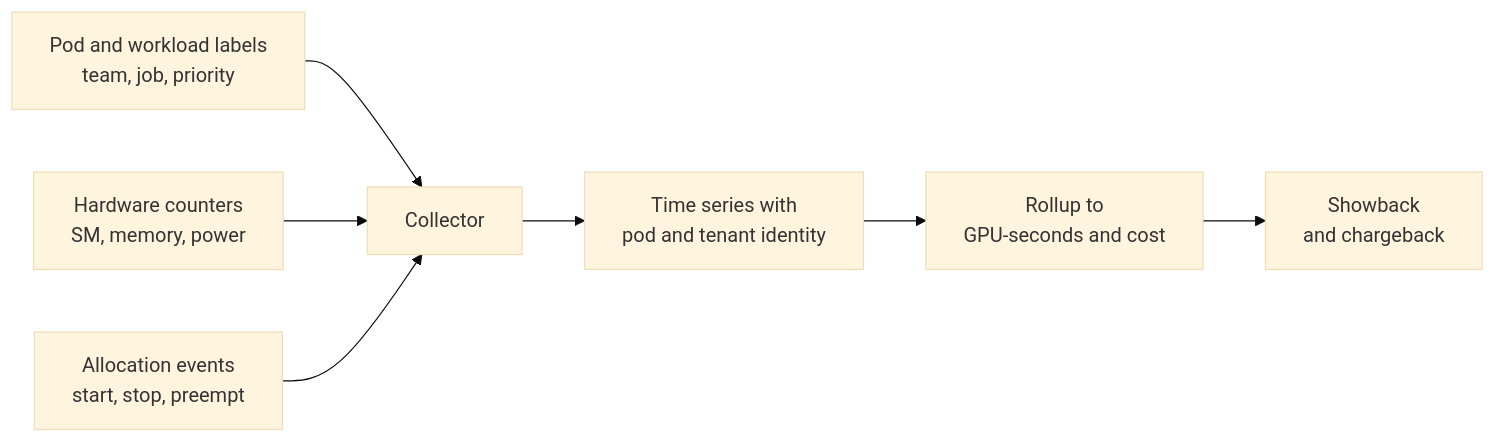
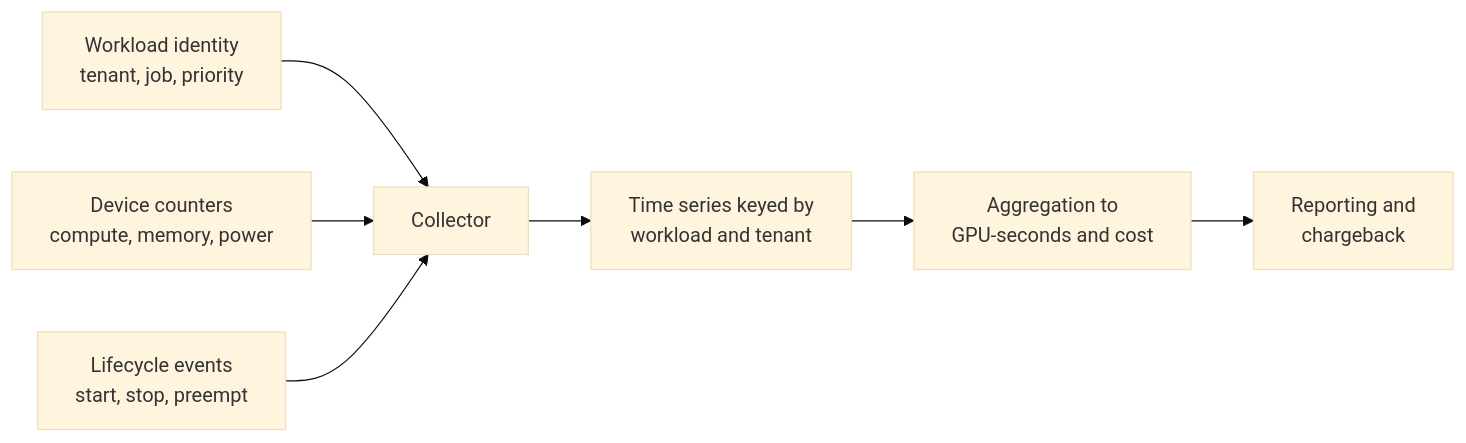
One commit to arpanpathak/cracking-the-systems-programming-interview changed the second of 3 diagrams in systems_design/05-operations-and-cost.md. Above: the diagram before and after it, drawn with Mermaid (base theme). The commit also changed other lines of this file and 6 other files, not shown here.

````diff
--- a/systems_design/05-operations-and-cost.md
+++ b/systems_design/05-operations-and-cost.md
@@ -33,9 +25,9 @@
 ```mermaid
 flowchart LR
-    A["Pod and workload labels<br/>team, job, priority"] --> D["Collector"]
-    B["Hardware counters<br/>SM, memory, power"] --> D
-    C["Allocation events<br/>start, stop, preempt"] --> D
-    D --> E["Time series with<br/>pod and tenant identity"]
-    E --> F["Rollup to<br/>GPU-seconds and cost"]
-    F --> G["Showback<br/>and chargeback"]
+    A["Workload identity<br/>tenant, job, priority"] --> D["Collector"]
+    B["Device counters<br/>compute, memory, power"] --> D
+    C["Lifecycle events<br/>start, stop, preempt"] --> D
+    D --> E["Time series keyed by<br/>workload and tenant"]
+    E --> F["Aggregation to<br/>GPU-seconds and cost"]
+    F --> G["Reporting and<br/>chargeback"]
 ```
````
